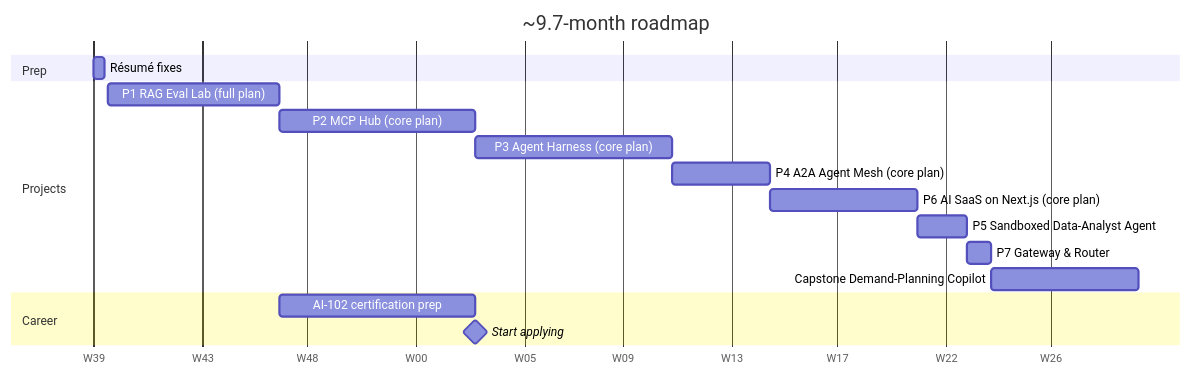
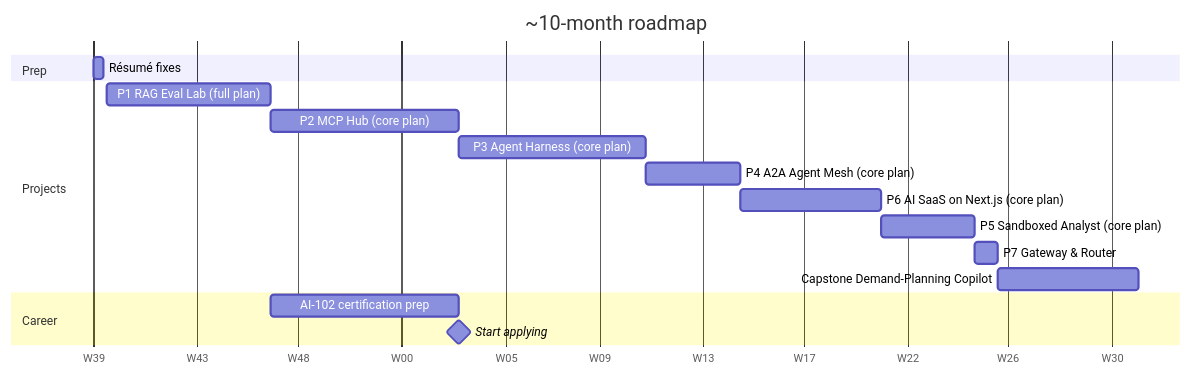
One commit to pRiMeXoMeGa/AI-Learning-Projects changed the diagram in 04-roadmap.md. Above: the diagram before and after it, drawn with Mermaid. The commit also changed other lines of this file and 6 other files, not shown here.

First line of the commit message:
Choose core plan for Project 5 and update the roadmap

````diff
--- a/04-roadmap.md
+++ b/04-roadmap.md
@@ -98,20 +110,20 @@
 ```mermaid
 gantt
-    title ~9.7-month roadmap
+    title ~10-month roadmap
     dateFormat YYYY-MM-DD
     axisFormat W%W
     section Prep
     Résumé fixes                        :r0, 2026-10-01, 3d
     section Projects
     P1 RAG Eval Lab (full plan)         :p1, 2026-10-05, 7w
     P2 MCP Hub (core plan)              :p2, after p1, 8w
     P3 Agent Harness (core plan)        :p3, after p2, 8w
     P4 A2A Agent Mesh (core plan)       :p4, after p3, 4w
     P6 AI SaaS on Next.js (core plan)   :p6, after p4, 6w
-    P5 Sandboxed Data-Analyst Agent     :p5, after p6, 2w
+    P5 Sandboxed Analyst (core plan)    :p5, after p6, 4w
     P7 Gateway & Router                 :p7, after p5, 1w
     Capstone Demand-Planning Copilot    :cap, after p7, 6w
     section Career
     AI-102 certification prep           :cert, after p1, 8w
     Start applying                      :milestone, after p2, 0d
 ```
````
